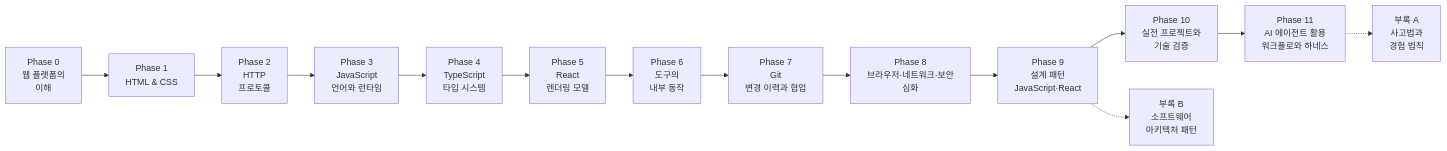
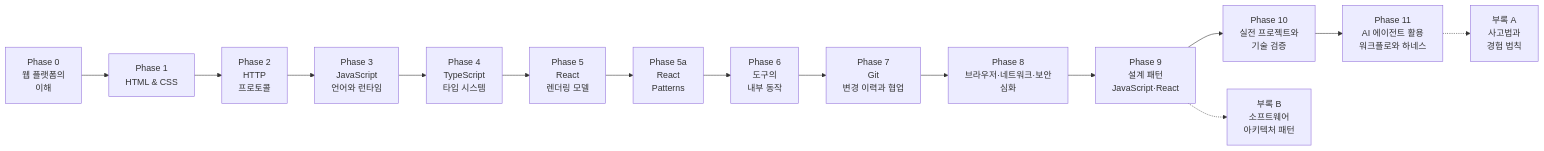
The diagram in ROADMAP.md (lee-gyu/web-fe-roadmap-study), drawn with Mermaid before and after one commit. The commit also changed other lines of this file and 1 other file, not shown here.

Commit message:
add phase5a react patterns

````diff
--- a/ROADMAP.md
+++ b/ROADMAP.md
@@ -30,16 +30,17 @@
 ```mermaid
 flowchart LR
     P0["Phase 0<br/>웹 플랫폼의<br/>이해"] --> P1["Phase 1<br/>HTML & CSS"]
     P1 --> P2["Phase 2<br/>HTTP<br/>프로토콜"]
     P2 --> P3["Phase 3<br/>JavaScript<br/>언어와 런타임"]
     P3 --> P4["Phase 4<br/>TypeScript<br/>타입 시스템"]
     P4 --> P5["Phase 5<br/>React<br/>렌더링 모델"]
-    P5 --> P6["Phase 6<br/>도구의<br/>내부 동작"]
+    P5 --> P5A["Phase 5a<br/>React<br/>Patterns"]
+    P5A --> P6["Phase 6<br/>도구의<br/>내부 동작"]
     P6 --> P7["Phase 7<br/>Git<br/>변경 이력과 협업"]
     P7 --> P8["Phase 8<br/>브라우저·네트워크·보안<br/>심화"]
     P8 --> P9["Phase 9<br/>설계 패턴<br/>JavaScript·React"]
     P9 --> P10["Phase 10<br/>실전 프로젝트와<br/>기술 검증"]
     P10 --> P11["Phase 11<br/>AI 에이전트 활용<br/>워크플로와 하네스"]
     P11 -.-> A1["부록 A<br/>사고법과<br/>경험 법칙"]
     P9 -.-> B1["부록 B<br/>소프트웨어<br/>아키텍처 패턴"]
 ```
````
